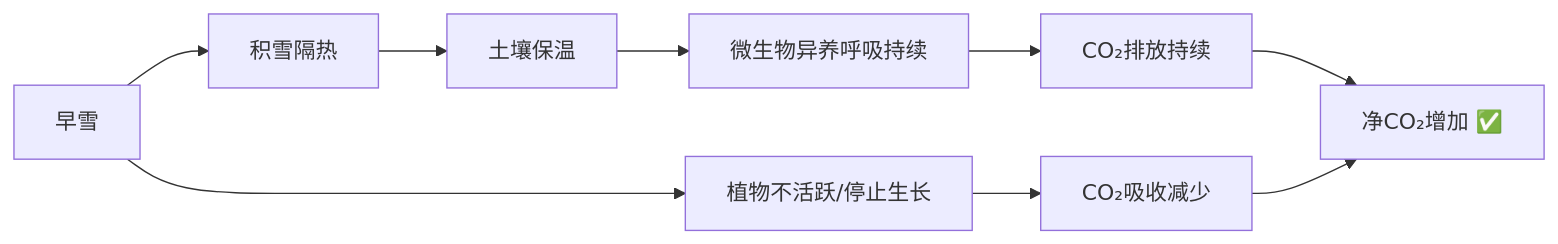
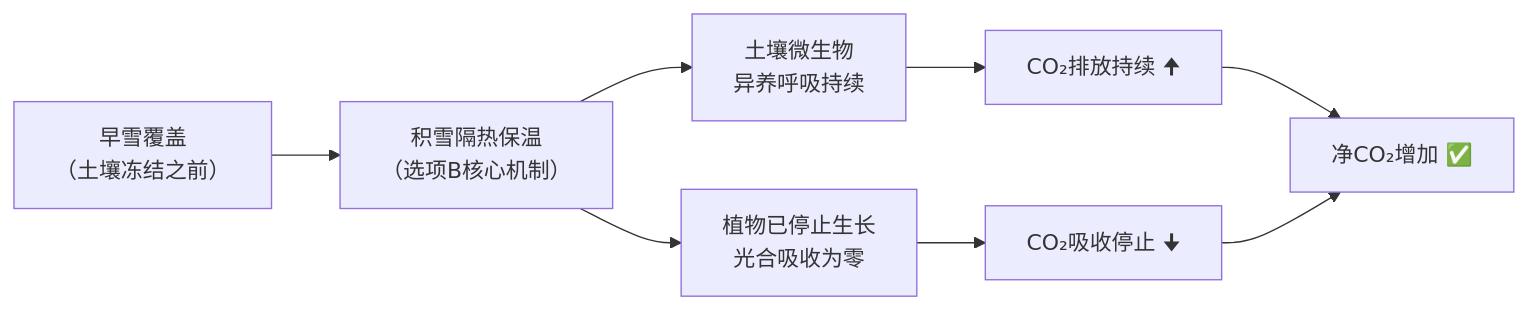
The third of 6 diagrams in SAT/SAT RW 25.5-4 错题分析.md (xieguaiwu/Notes), drawn with Mermaid before and after one commit. The commit also changed other lines of this file and 2 other files, not shown here.

````diff
--- a/SAT/SAT RW 25.5-4 错题分析.md
+++ b/SAT/SAT RW 25.5-4 错题分析.md
@@ -218,11 +275,10 @@
 ```mermaid
 flowchart LR
-    A[早雪] --> B[积雪隔热]
-    B --> C[土壤保温]
-    C --> D[微生物异养呼吸持续]
-    A --> E[植物不活跃/停止生长]
-    D --> F[CO₂排放持续]
-    E --> G[CO₂吸收减少]
-    F --> H[净CO₂增加 ✅]
-    G --> H
+    A["早雪覆盖<br>（土壤冻结之前）"] --> B["积雪隔热保温<br>（选项B核心机制）"]
+    B --> C[土壤微生物<br>异养呼吸持续]
+    B --> D[植物已停止生长<br>光合吸收为零]
+    C --> E[CO₂排放持续 🠉]
+    D --> F[CO₂吸收停止 🠋]
+    E --> G["净CO₂增加 ✅"]
+    F --> G
 ```
````
